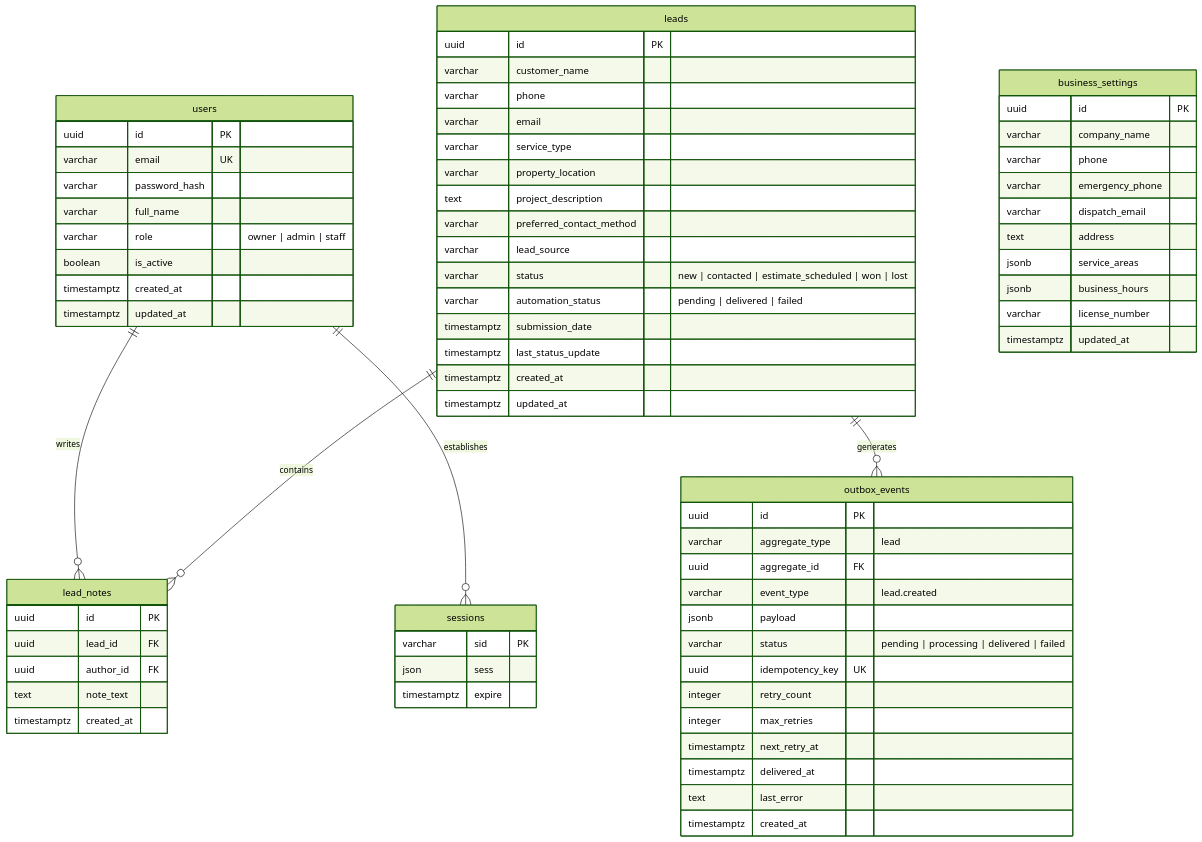
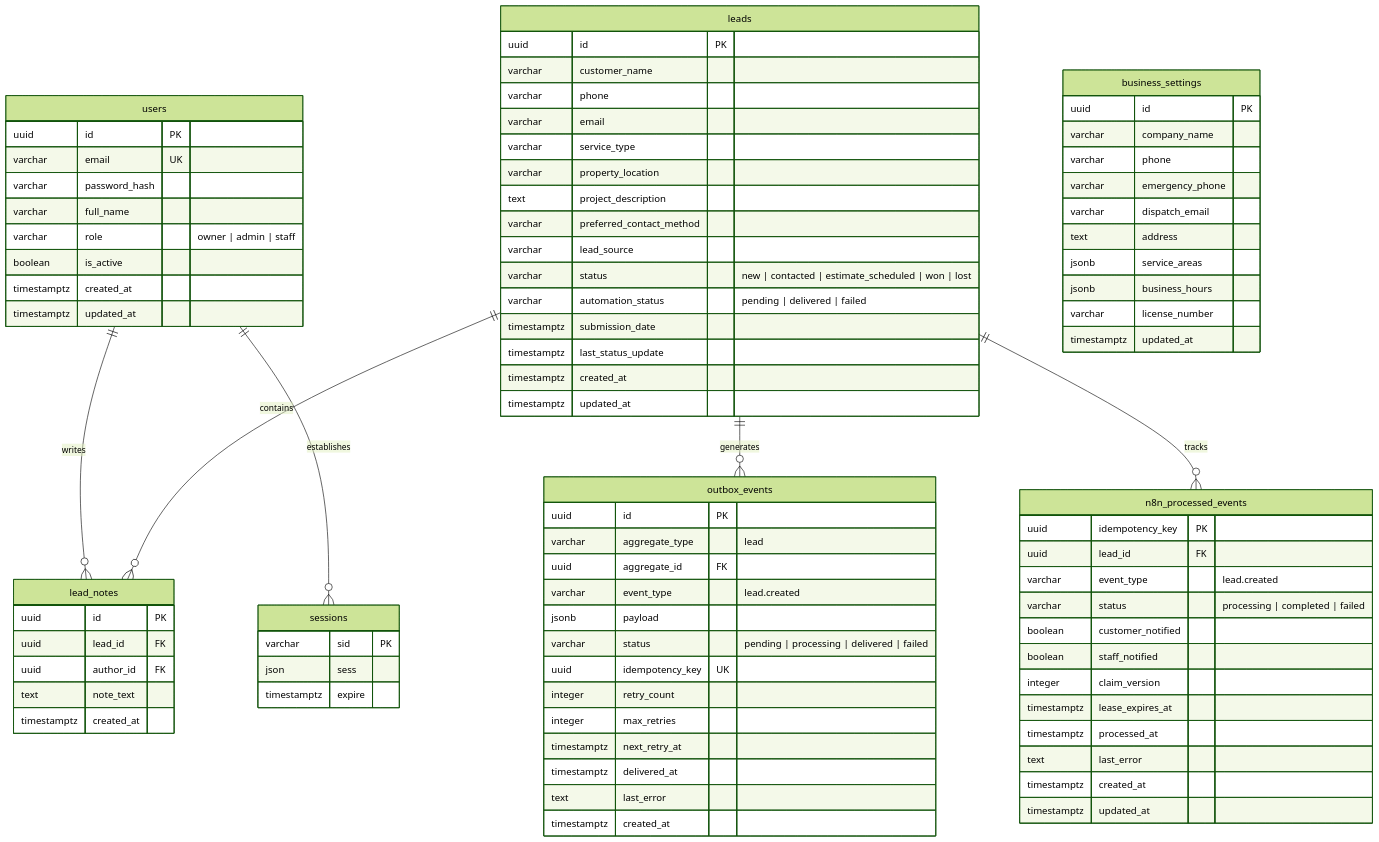
One commit to ennonn/roofing-lead-management---automation-system changed the diagram in docs/DATABASE_SCHEMA.md. Above: the diagram before and after it, drawn with Mermaid (forest theme). The commit also changed other lines of this file and 10 other files, not shown here.

````diff
--- a/docs/DATABASE_SCHEMA.md
+++ b/docs/DATABASE_SCHEMA.md
@@ -19,6 +19,7 @@
     users ||--o{ lead_notes : "writes"
     leads ||--o{ lead_notes : "contains"
     leads ||--o{ outbox_events : "generates"
+    leads ||--o{ n8n_processed_events : "tracks"
     users ||--o{ sessions : "establishes"
 
     users {
@@ -92,4 +93,19 @@
         text last_error
         timestamptz created_at
     }
+
+    n8n_processed_events {
+        uuid idempotency_key PK
+        uuid lead_id FK
+        varchar event_type "lead.created"
+        varchar status "processing | completed | failed"
+        boolean customer_notified
+        boolean staff_notified
+        integer claim_version
+        timestamptz lease_expires_at
+        timestamptz processed_at
+        text last_error
+        timestamptz created_at
+        timestamptz updated_at
+    }
 ```
````
